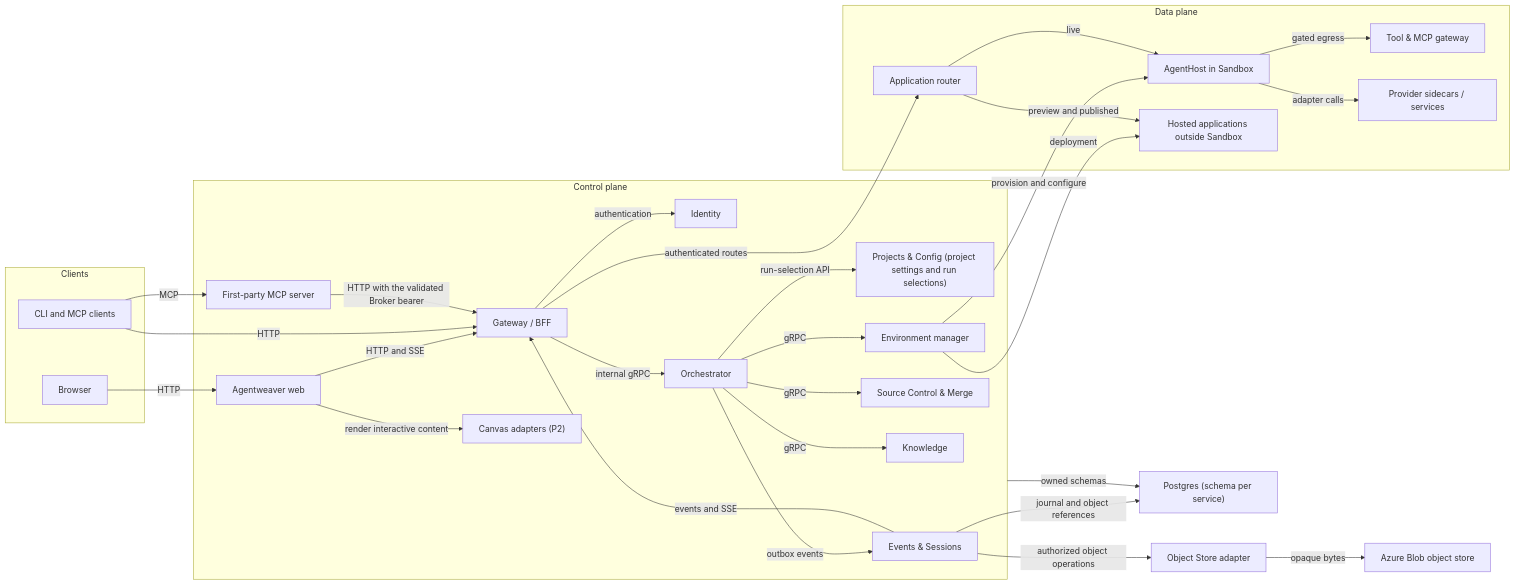
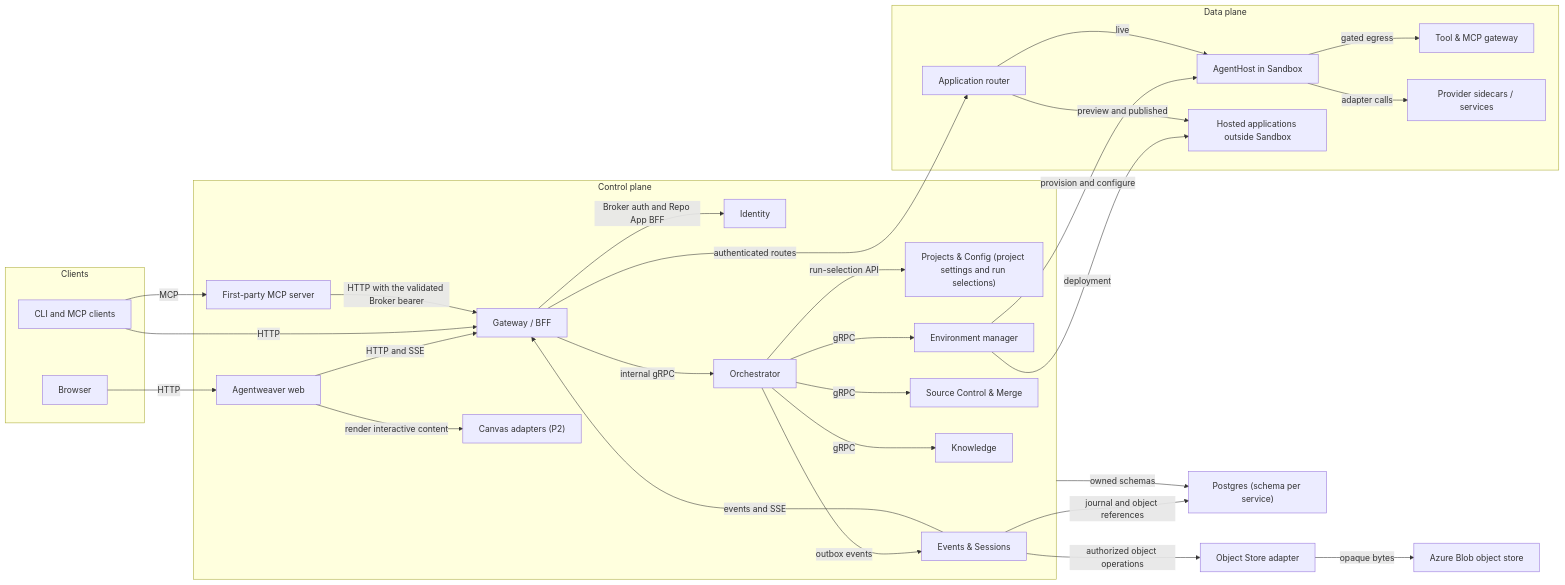
One commit to sabbour/agentweaver changed the first of 2 diagrams in docs/architecture/design/services-and-release.md. Above: the diagram before and after it, drawn with Mermaid. The commit also changed other lines of this file and 36 other files, not shown here.

````diff
--- a/docs/architecture/design/services-and-release.md
+++ b/docs/architecture/design/services-and-release.md
@@ -77,55 +77,55 @@
 ```mermaid
 flowchart LR
     subgraph Clients["Clients"]
         Browser["Browser"]
         Cli["CLI and MCP clients"]
     end
     subgraph Control["Control plane"]
         Web["Agentweaver web"]
         Bff["Gateway / BFF"]
         Identity["Identity"]
         Config["Projects & Config (project settings and run selections)"]
         Orch["Orchestrator"]
         Env["Environment manager"]
         Source["Source Control & Merge"]
         Knowledge["Knowledge"]
         Events["Events & Sessions"]
         Mcp["First-party MCP server"]
         Canvas["Canvas adapters (P2)"]
     end
     subgraph Data["Data plane"]
         Host["AgentHost in Sandbox"]
         Tool["Tool & MCP gateway"]
         Router["Application router"]
         Apps["Hosted applications outside Sandbox"]
         Sidecars["Provider sidecars / services"]
     end
     Db["Postgres (schema per service)"]
     Objects["Object Store adapter"]
     Blob["Azure Blob object store"]
     Browser -->|"HTTP"| Web
     Web -->|"HTTP and SSE"| Bff
     Web -->|"render interactive content"| Canvas
     Cli -->|"HTTP"| Bff
     Cli -->|"MCP"| Mcp
     Mcp -->|"HTTP with the validated Broker bearer"| Bff
     Bff -->|"internal gRPC"| Orch
-    Bff -->|"authentication"| Identity
+    Bff -->|"Broker auth and Repo App BFF"| Identity
     Orch -->|"run-selection API"| Config
     Orch -->|"gRPC"| Knowledge
     Orch -->|"gRPC"| Source
     Orch -->|"gRPC"| Env
     Orch -->|"outbox events"| Events
     Events -->|"events and SSE"| Bff
     Control -->|"owned schemas"| Db
     Events -->|"journal and object references"| Db
     Events -->|"authorized object operations"| Objects
     Objects -->|"opaque bytes"| Blob
     Env -->|"provision and configure"| Host
     Env -->|"deployment"| Apps
     Host -->|"gated egress"| Tool
     Host -->|"adapter calls"| Sidecars
     Bff -->|"authenticated routes"| Router
     Router -->|"live"| Host
     Router -->|"preview and published"| Apps
 ```
````
